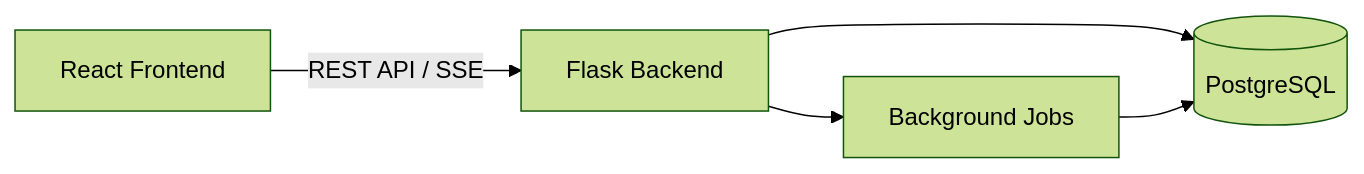
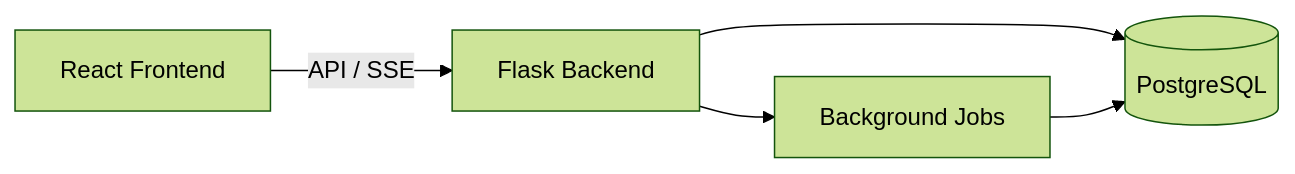
One commit to wechiwin/time changed the diagram in README.md. Above: the diagram before and after it, drawn with Mermaid (forest theme). The commit also changed other lines of this file and 3 other files, not shown here.

Commit message:
update: readme: video intro and er pic

````diff
--- a/README.md
+++ b/README.md
@@ -47,7 +56,7 @@
 ```mermaid
 graph LR
-    A[React Frontend] -->|REST API / SSE| B[Flask Backend]
+    A[React Frontend] -->| API / SSE| B[Flask Backend]
     B --> C[(PostgreSQL)]
     B --> D[Background Jobs]
     D --> C
 ```
````
